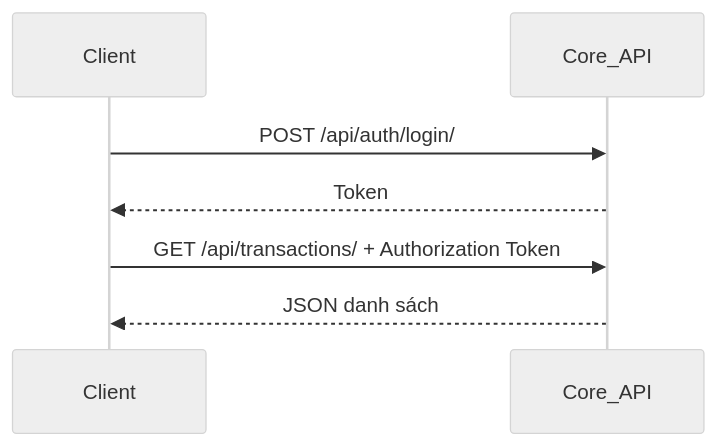
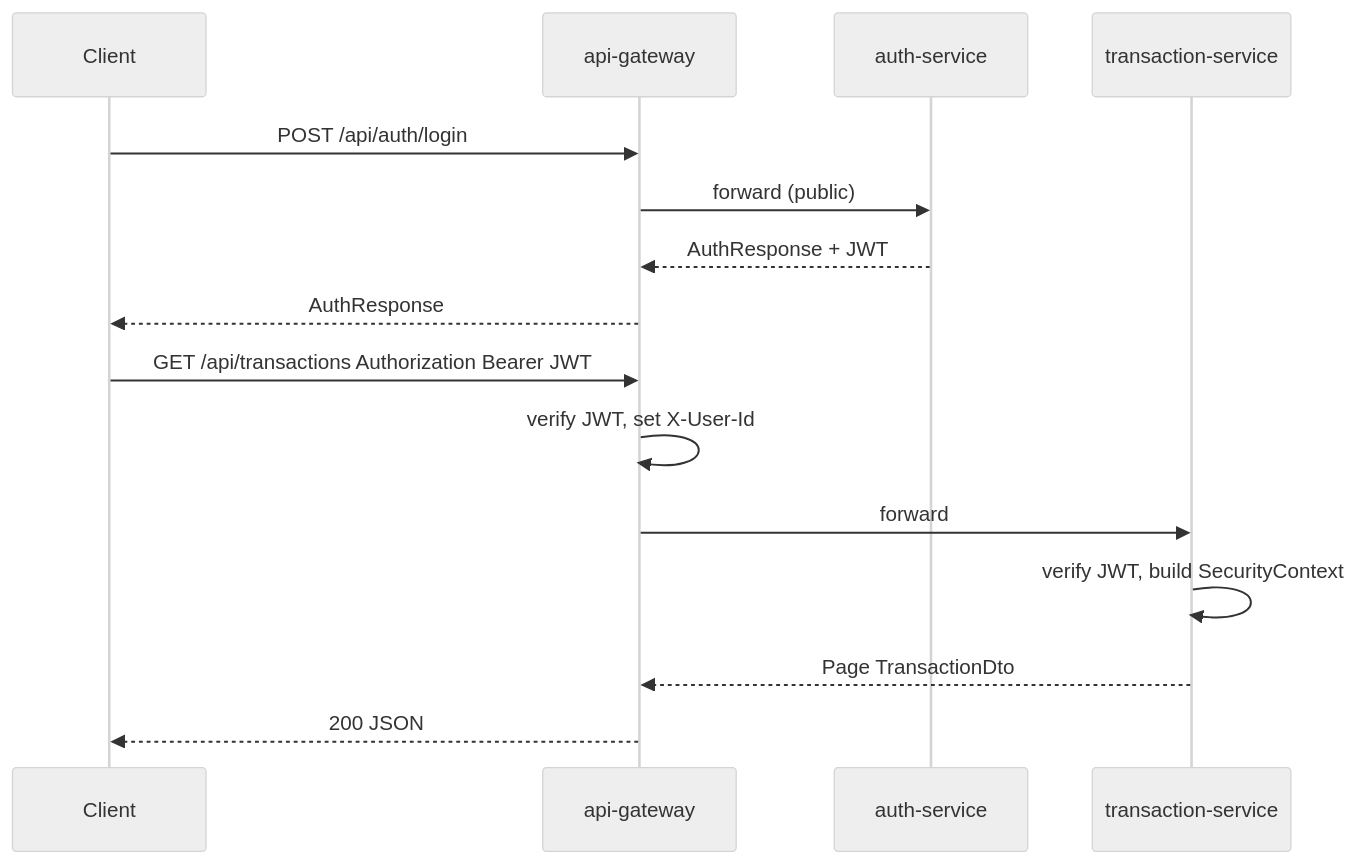
Before and after one commit to haolor/Django-Finance-Manager: the first of 3 diagrams in finance-microservices/.claude/rules/system-design.md, drawn with Mermaid (neutral theme). The commit also changed other lines of this file and 184 other files, not shown here.

First line of the commit message:
feat: implement transaction service with categories and transactions management

````diff
--- a/finance-microservices/.claude/rules/system-design.md
+++ b/finance-microservices/.claude/rules/system-design.md
@@ -50,9 +62,17 @@
 ```mermaid
 sequenceDiagram
   participant C as Client
-  participant Core as Core_API
-  C->>Core: POST /api/auth/login/
-  Core-->>C: Token
-  C->>Core: GET /api/transactions/ + Authorization Token
-  Core-->>C: JSON danh sách
+  participant GW as api-gateway
+  participant AUTH as auth-service
+  participant TX as transaction-service
+  C->>GW: POST /api/auth/login
+  GW->>AUTH: forward (public)
+  AUTH-->>GW: AuthResponse + JWT
+  GW-->>C: AuthResponse
+  C->>GW: GET /api/transactions Authorization Bearer JWT
+  GW->>GW: verify JWT, set X-User-Id
+  GW->>TX: forward
+  TX->>TX: verify JWT, build SecurityContext
+  TX-->>GW: Page TransactionDto
+  GW-->>C: 200 JSON
 ```
````
